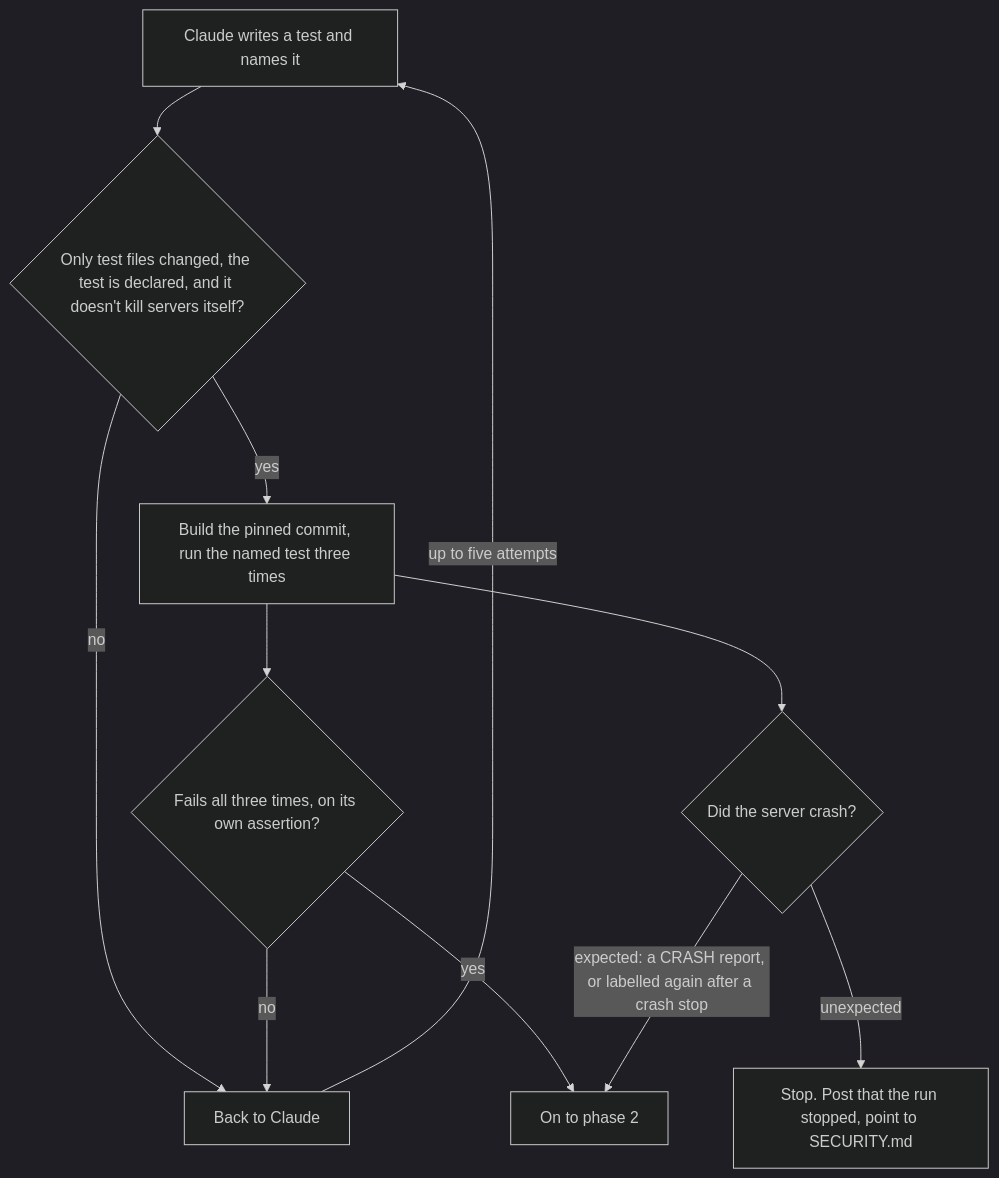
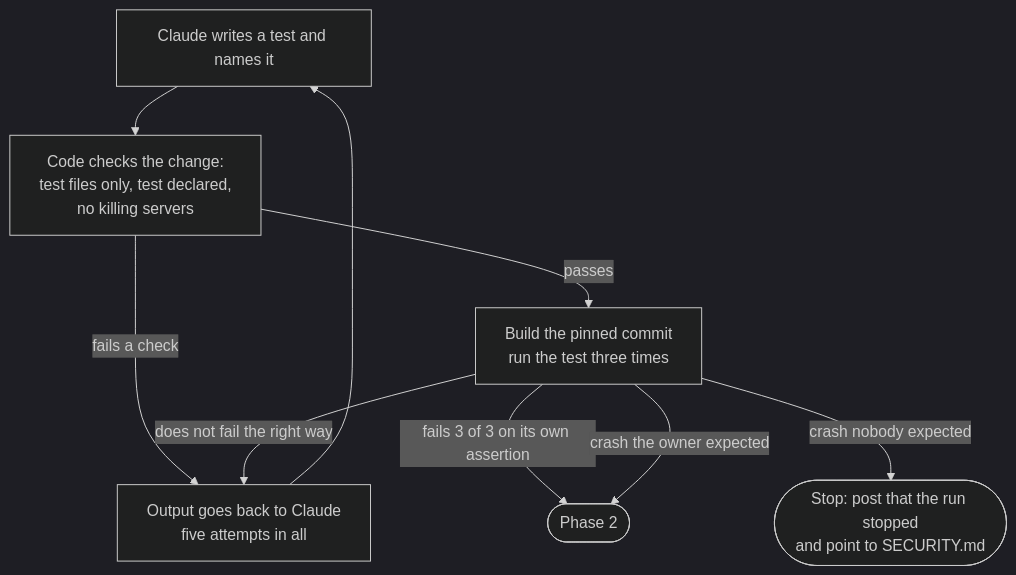
Before and after one commit to sarthakaggarwal97/valkey-ci-agent: the fourth of 8 diagrams in docs/design/software-factory.md, drawn with Mermaid (dark theme). The commit also changed other lines of this file, not shown here.

Commit message:
Make the design doc's diagrams readable on GitHub

````diff
--- a/docs/design/software-factory.md
+++ b/docs/design/software-factory.md
@@ -300,13 +304,17 @@
 ```mermaid
 flowchart TD
-    A["Claude writes a test and names it"] --> B{"Only test files changed, the test is declared, and it doesn't kill servers itself?"}
-    B -->|"no"| R["Back to Claude"]
-    B -->|"yes"| C["Build the pinned commit, run the named test three times"]
-    C --> D{"Fails all three times, on its own assertion?"}
-    D -->|"no"| R
-    D -->|"yes"| P2["On to phase 2"]
-    C --> E{"Did the server crash?"}
-    E -->|"expected: a CRASH report, or labelled again after a crash stop"| P2
-    E -->|"unexpected"| S["Stop. Post that the run stopped, point to SECURITY.md"]
-    R -->|"up to five attempts"| A
+    A["Claude writes a test and names it"]
+    B["Code checks the change:<br/>test files only, test declared,<br/>no killing servers"]
+    C["Build the pinned commit<br/>run the test three times"]
+    R["Output goes back to Claude<br/>five attempts in all"]
+    P2(["Phase 2"])
+    S(["Stop: post that the run stopped<br/>and point to SECURITY.md"])
+    A --> B
+    B -->|"fails a check"| R
+    B -->|"passes"| C
+    C -->|"fails 3 of 3 on its own assertion"| P2
+    C -->|"does not fail the right way"| R
+    C -->|"crash the owner expected"| P2
+    C -->|"crash nobody expected"| S
+    R --> A
 ```
````
